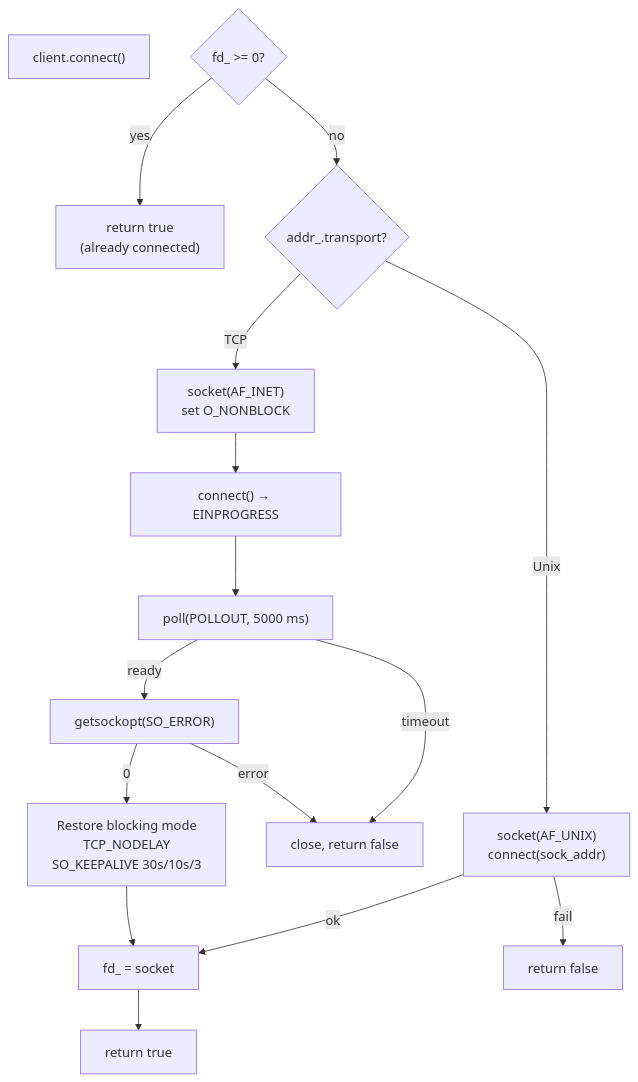
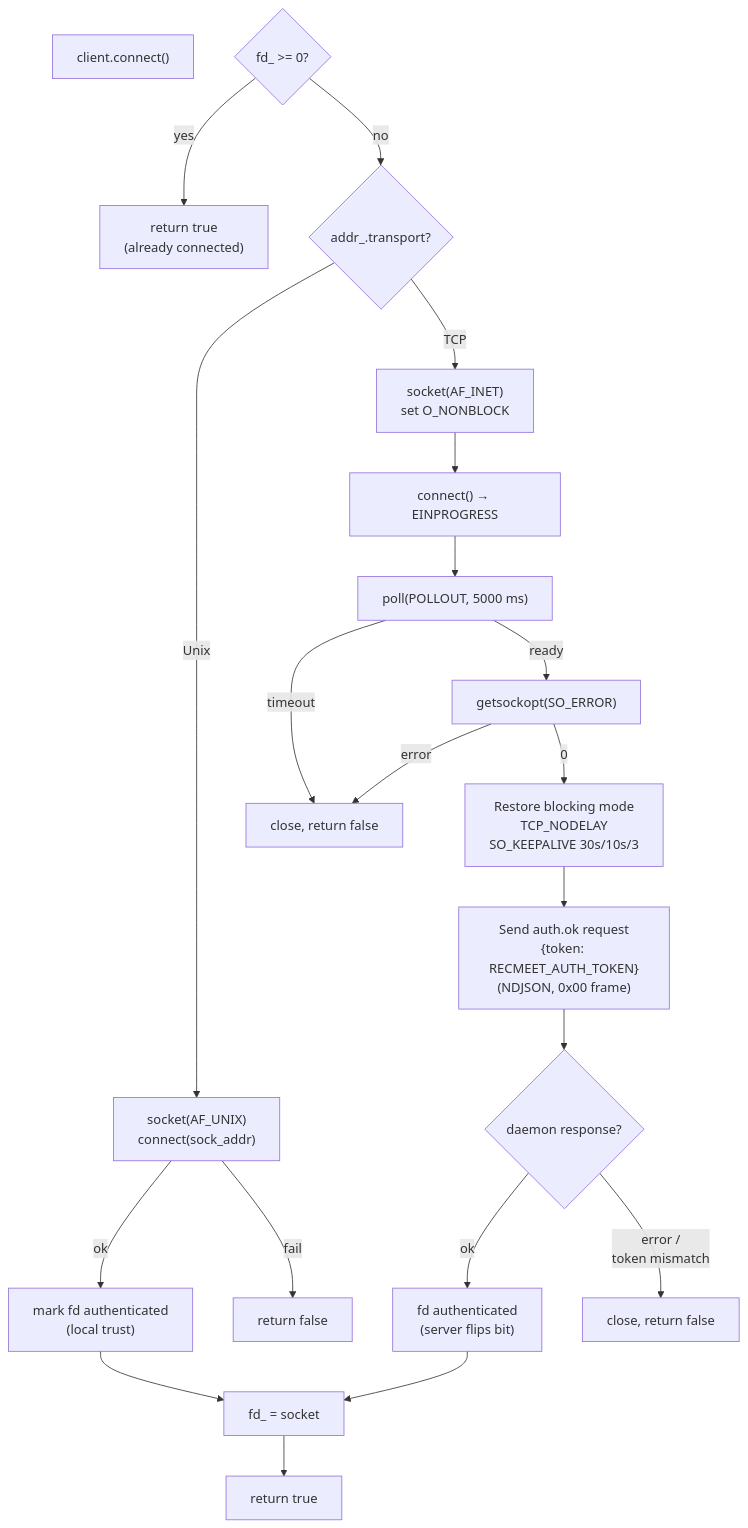
Before and after one commit to suykerbuyk/recmeet: the ninth of 33 diagrams in docs/COMPONENT-DIAGRAMS.md, drawn with Mermaid. The commit also changed other lines of this file and 19 other files, not shown here.

````diff
--- a/docs/COMPONENT-DIAGRAMS.md
+++ b/docs/COMPONENT-DIAGRAMS.md
@@ -435,22 +548,27 @@
 ```mermaid
 flowchart TD
     CONNECT["client.connect()"]
     CONNECTED{"fd_ >= 0?"}
     CONNECTED -->|"yes"| OK["return true<br/>(already connected)"]
     CONNECTED -->|"no"| TRANSPORT{"addr_.transport?"}
 
     TRANSPORT -->|"Unix"| UNIX["socket(AF_UNIX)<br/>connect(sock_addr)"]
-    UNIX -->|"ok"| FD["fd_ = socket"]
+    UNIX -->|"ok"| UNIX_AUTH["mark fd authenticated<br/>(local trust)"]
     UNIX -->|"fail"| FAIL["return false"]
+    UNIX_AUTH --> FD["fd_ = socket"]
 
     TRANSPORT -->|"TCP"| TCP_SOCK["socket(AF_INET)<br/>set O_NONBLOCK"]
     TCP_SOCK --> TCP_CONN["connect() → EINPROGRESS"]
     TCP_CONN --> TCP_POLL["poll(POLLOUT, 5000 ms)"]
     TCP_POLL -->|"timeout"| TCP_FAIL["close, return false"]
     TCP_POLL -->|"ready"| TCP_CHECK["getsockopt(SO_ERROR)"]
     TCP_CHECK -->|"error"| TCP_FAIL
     TCP_CHECK -->|"0"| TCP_OPTS["Restore blocking mode<br/>TCP_NODELAY<br/>SO_KEEPALIVE 30s/10s/3"]
-    TCP_OPTS --> FD
+    TCP_OPTS --> PSK_SEND["Send auth.ok request<br/>{token: RECMEET_AUTH_TOKEN}<br/>(NDJSON, 0x00 frame)"]
+    PSK_SEND --> PSK_RESP{"daemon response?"}
+    PSK_RESP -->|"ok"| PSK_OK["fd authenticated<br/>(server flips bit)"]
+    PSK_RESP -->|"error /<br/>token mismatch"| PSK_FAIL["close, return false"]
+    PSK_OK --> FD
 
     FD --> OK2["return true"]
 ```
````
